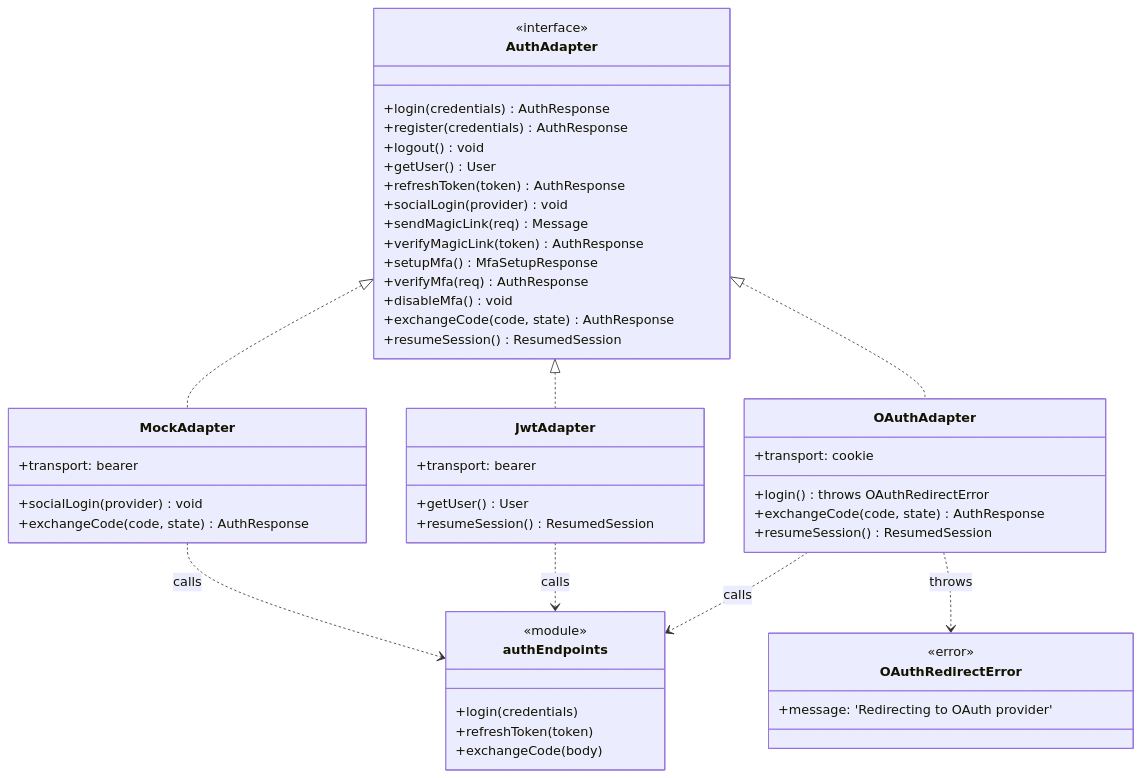
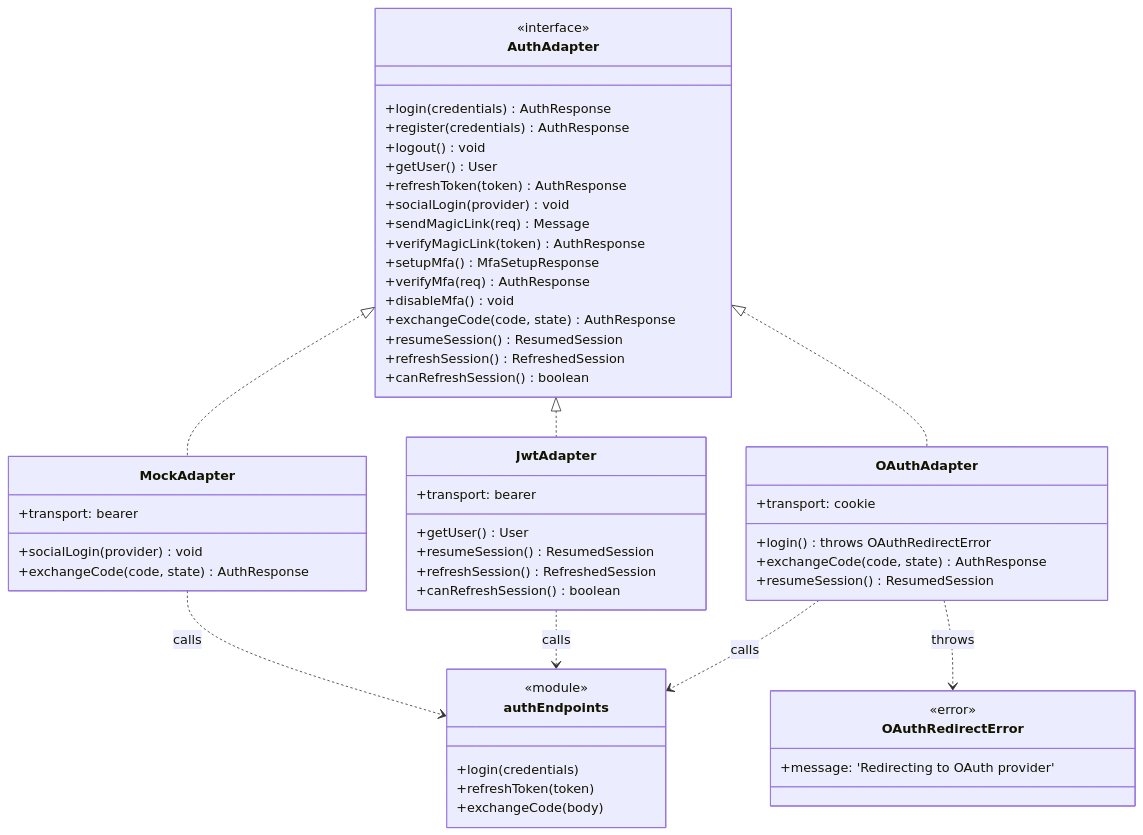
Before and after one commit to boussadjra/vuestrata: the third of 14 diagrams in docs/6.configuration/3.auth-deep-dive.md, drawn with Mermaid. The commit also changed other lines of this file and 4 other files, not shown here.

First line of the commit message:
docs(auth): say what refresh-cookie needs from a backend and how a session ends

````diff
--- a/docs/6.configuration/3.auth-deep-dive.md
+++ b/docs/6.configuration/3.auth-deep-dive.md
@@ -256,58 +274,62 @@
 ```mermaid
 classDiagram
   class AuthAdapter {
     <<interface>>
     +login(credentials) AuthResponse
     +register(credentials) AuthResponse
     +logout() void
     +getUser() User
     +refreshToken(token) AuthResponse
     +socialLogin(provider) void
     +sendMagicLink(req) Message
     +verifyMagicLink(token) AuthResponse
     +setupMfa() MfaSetupResponse
     +verifyMfa(req) AuthResponse
     +disableMfa() void
     +exchangeCode(code, state) AuthResponse
     +resumeSession() ResumedSession
+    +refreshSession() RefreshedSession
+    +canRefreshSession() boolean
   }
 
   class authEndpoints {
     <<module>>
     +login(credentials)
     +refreshToken(token)
     +exchangeCode(body)
   }
 
   class MockAdapter {
     +transport: bearer
     +socialLogin(provider) void
     +exchangeCode(code, state) AuthResponse
   }
 
   class JwtAdapter {
     +transport: bearer
     +getUser() User
     +resumeSession() ResumedSession
+    +refreshSession() RefreshedSession
+    +canRefreshSession() boolean
   }
 
   class OAuthAdapter {
     +transport: cookie
     +login() throws OAuthRedirectError
     +exchangeCode(code, state) AuthResponse
     +resumeSession() ResumedSession
   }
 
   class OAuthRedirectError {
     <<error>>
     +message: 'Redirecting to OAuth provider'
   }
 
   AuthAdapter <|.. MockAdapter
   AuthAdapter <|.. JwtAdapter
   AuthAdapter <|.. OAuthAdapter
   MockAdapter ..> authEndpoints : calls
   JwtAdapter ..> authEndpoints : calls
   OAuthAdapter ..> authEndpoints : calls
   OAuthAdapter ..> OAuthRedirectError : throws
 ```
````
